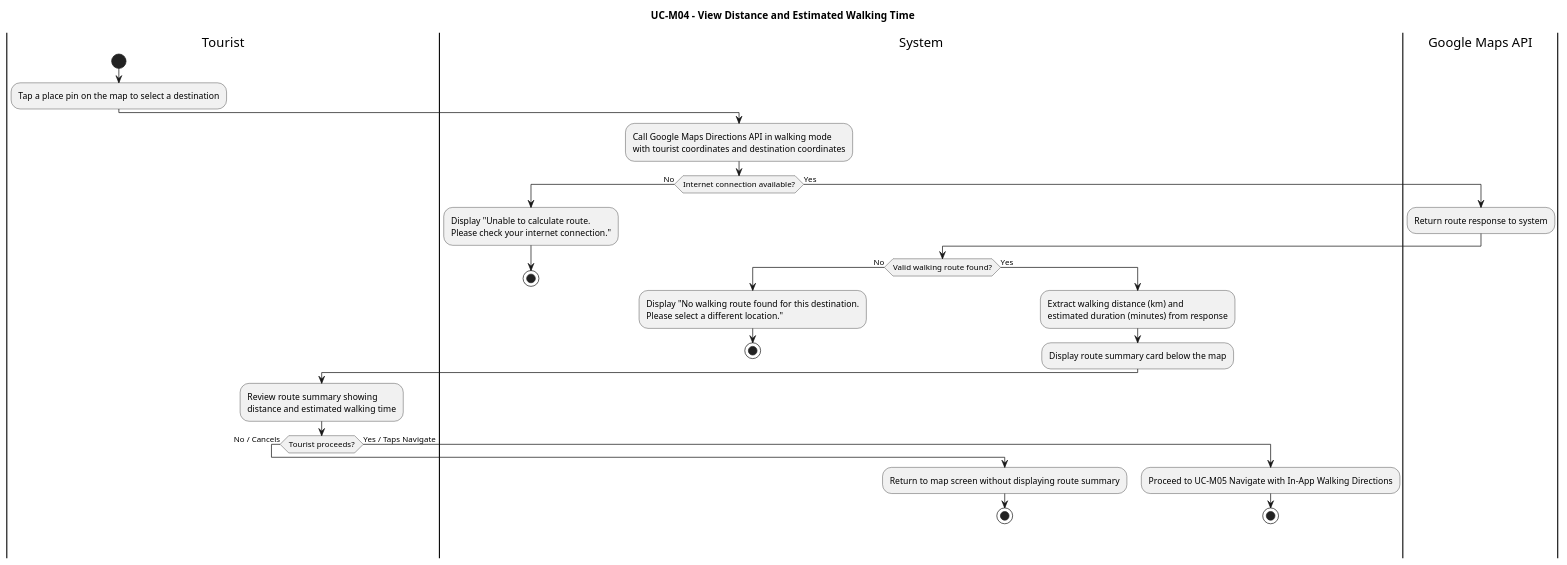
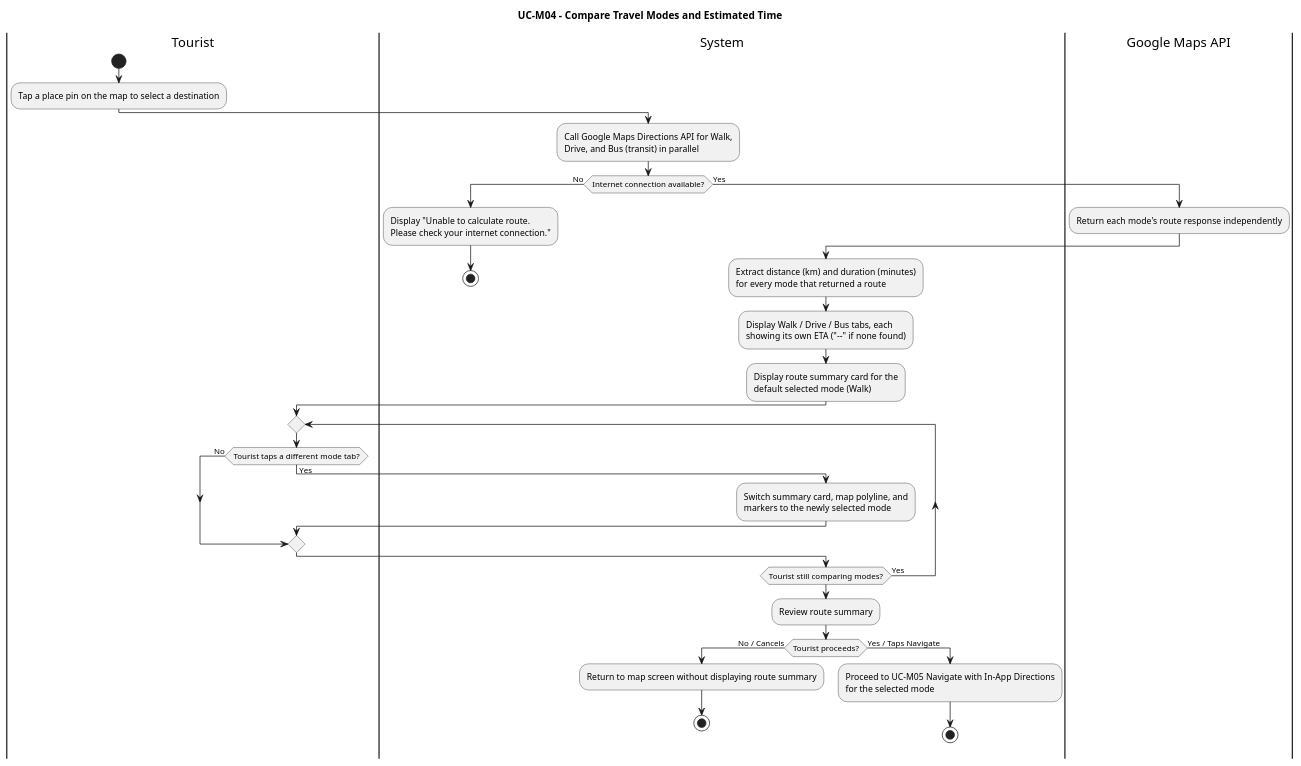
Before and after one commit to kzz05/WalkPenang: the fourth of 5 diagrams in CLAUDE.md, drawn with PlantUML. The commit also changed other lines of this file and 10 other files, not shown here.

First line of the commit message:
Add Walk/Drive/Bus mode comparison and multi-modal in-app navigation

````diff
--- a/CLAUDE.md
+++ b/CLAUDE.md
@@ -443,42 +454,46 @@
 ```plantuml
-@startuml UC3_4_ViewDistanceAndWalkingTime
-title UC-M04 - View Distance and Estimated Walking Time
+@startuml UC3_4_CompareTravelModes
+title UC-M04 - Compare Travel Modes and Estimated Time
 
 |Tourist|
 start
 :Tap a place pin on the map to select a destination;
 
 |System|
-:Call Google Maps Directions API in walking mode\nwith tourist coordinates and destination coordinates;
+:Call Google Maps Directions API for Walk,\nDrive, and Bus (transit) in parallel;
 
 if (Internet connection available?) then (No)
   :Display "Unable to calculate route.\nPlease check your internet connection.";
   stop
 else (Yes)
   |Google Maps API|
-  :Return route response to system;
+  :Return each mode's route response independently;
 
   |System|
-  if (Valid walking route found?) then (No)
-    :Display "No walking route found for this destination.\nPlease select a different location.";
+  :Extract distance (km) and duration (minutes)\nfor every mode that returned a route;
+  :Display Walk / Drive / Bus tabs, each\nshowing its own ETA ("--" if none found);
+  :Display route summary card for the\ndefault selected mode (Walk);
+
+  |Tourist|
+  repeat
+    if (Tourist taps a different mode tab?) then (Yes)
+      |System|
+      :Switch summary card, map polyline, and\nmarkers to the newly selected mode;
+    else (No)
+    endif
+  repeat while (Tourist still comparing modes?) is (Yes)
+
+  :Review route summary;
+
+  if (Tourist proceeds?) then (No / Cancels)
+    |System|
+    :Return to map screen without displaying route summary;
     stop
-  else (Yes)
-    :Extract walking distance (km) and\nestimated duration (minutes) from response;
-    :Display route summary card below the map;
-
-    |Tourist|
-    :Review route summary showing\ndistance and estimated walking time;
-
-    if (Tourist proceeds?) then (No / Cancels)
-      |System|
-      :Return to map screen without displaying route summary;
-      stop
-    else (Yes / Taps Navigate)
-      :Proceed to UC-M05 Navigate with In-App Walking Directions;
-      stop
-    endif
+  else (Yes / Taps Navigate)
+    :Proceed to UC-M05 Navigate with In-App Directions\nfor the selected mode;
+    stop
   endif
 endif
 
 @enduml
 ```
````
